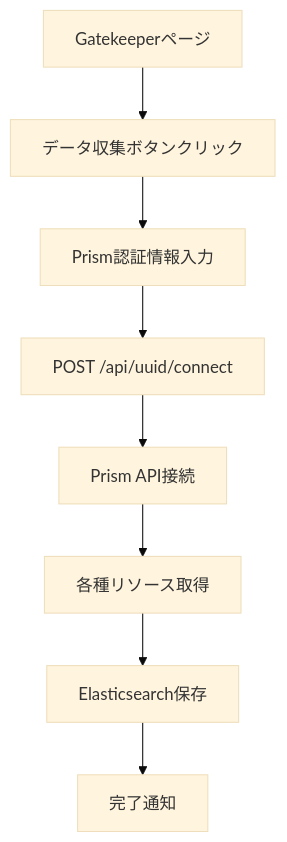
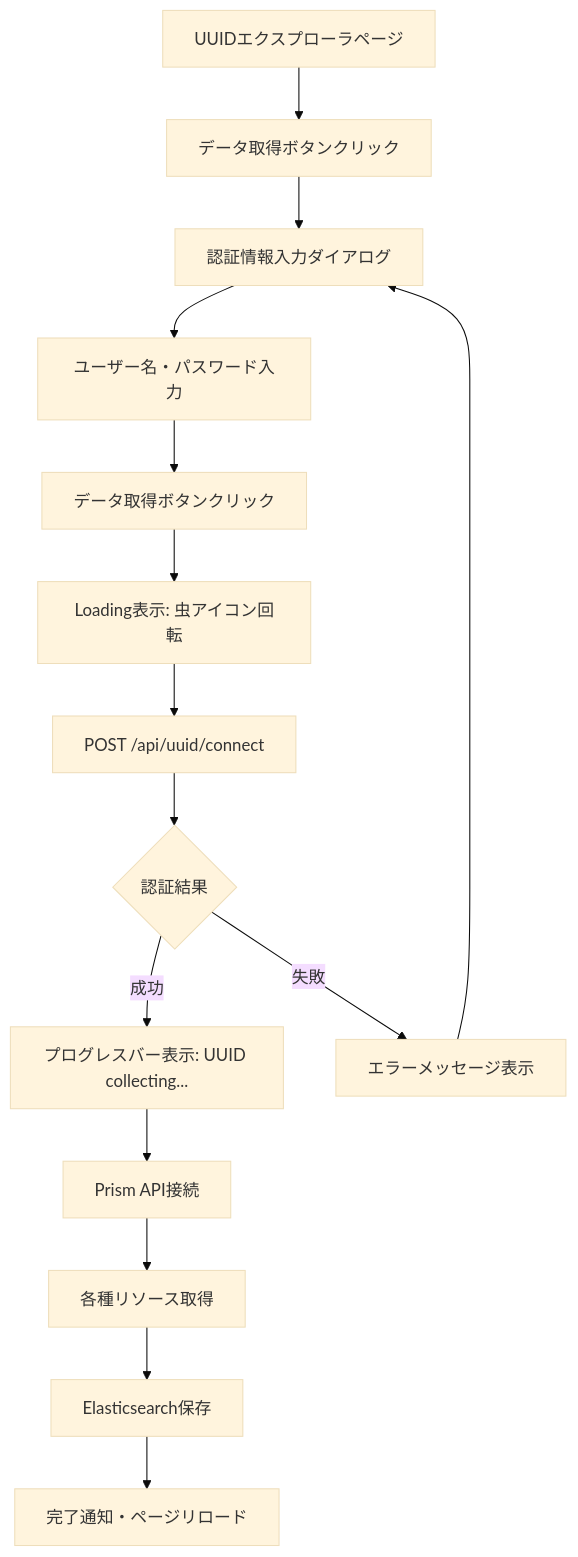
Before and after one commit to konchangakita/blog-loghoi: the first of 2 diagrams in ongoing/UUID_EXPLORER_SPECIFICATION.md, drawn with Mermaid (base theme). The commit also changed other lines of this file and 17 other files, not shown here.

````diff
--- a/ongoing/UUID_EXPLORER_SPECIFICATION.md
+++ b/ongoing/UUID_EXPLORER_SPECIFICATION.md
@@ -61,10 +82,17 @@
 ```mermaid
 graph TD
-    A[Gatekeeperページ] --> B[データ収集ボタンクリック]
-    B --> C[Prism認証情報入力]
-    C --> D[POST /api/uuid/connect]
-    D --> E[Prism API接続]
-    E --> F[各種リソース取得]
-    F --> G[Elasticsearch保存]
-    G --> H[完了通知]
+    A[UUIDエクスプローラページ] --> B[データ取得ボタンクリック]
+    B --> C[認証情報入力ダイアログ]
+    C --> D[ユーザー名・パスワード入力]
+    D --> E[データ取得ボタンクリック]
+    E --> F[Loading表示: 虫アイコン回転]
+    F --> G[POST /api/uuid/connect]
+    G --> H{認証結果}
+    H -->|成功| I[プログレスバー表示: UUID collecting...]
+    H -->|失敗| J[エラーメッセージ表示]
+    I --> K[Prism API接続]
+    K --> L[各種リソース取得]
+    L --> M[Elasticsearch保存]
+    M --> N[完了通知・ページリロード]
+    J --> C
 ```
````
